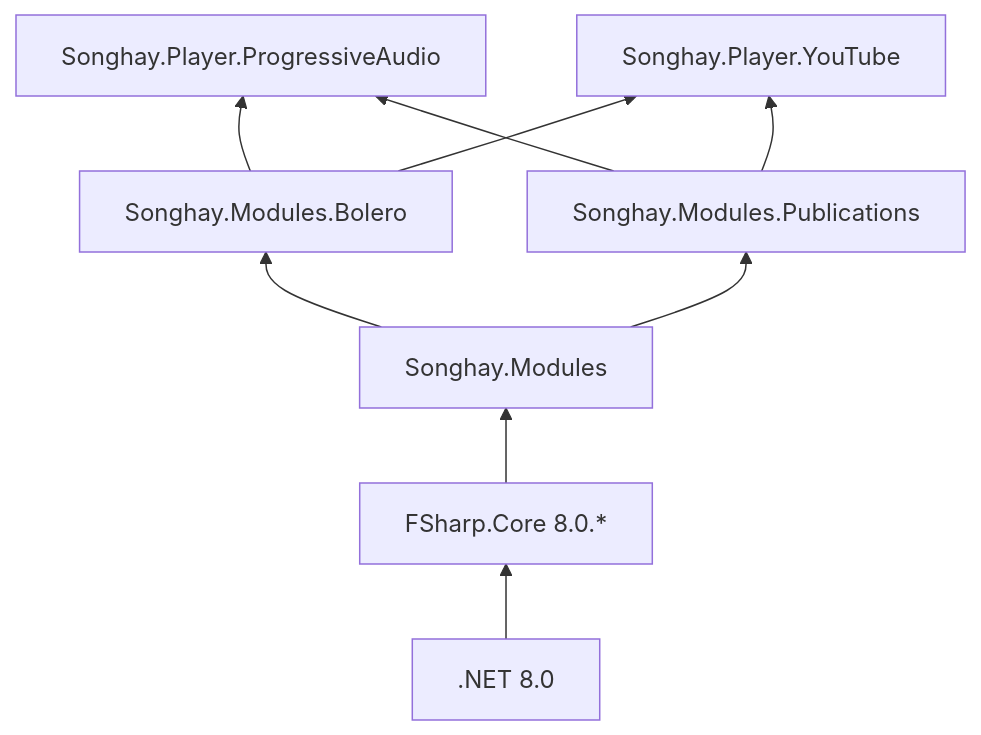
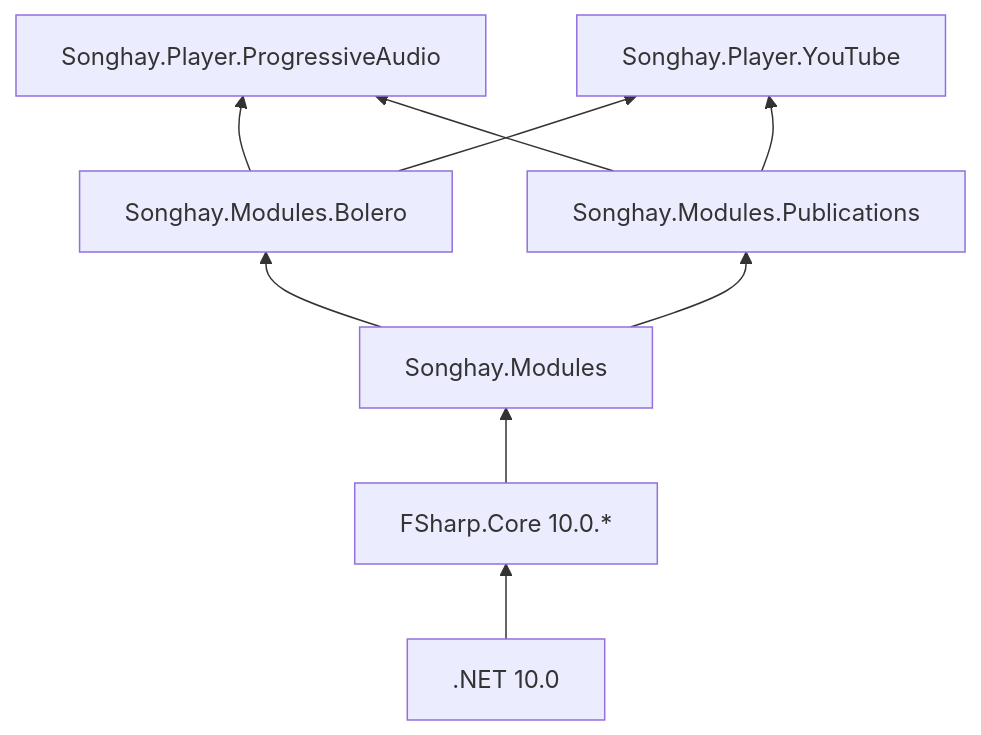
One commit to BryanWilhite/Songhay.Modules changed the diagram in README.md. Above: the diagram before and after it, drawn with Mermaid. The commit also changed other lines of this file and 5 other files, not shown here.

````diff
--- a/README.md
+++ b/README.md
@@ -22,19 +22,19 @@
 ```mermaid
 graph BT
-    fsharp[FSharp.Core 8.0.*]
-    net8[.NET 8.0]
+    fsharp[FSharp.Core 10.0.*]
+    net[.NET 10.0]
 
     1[Songhay.Modules]
     2[Songhay.Modules.Bolero]
     3[Songhay.Modules.Publications]
     4[Songhay.Player.ProgressiveAudio]
     5[Songhay.Player.YouTube]
 
-    net8-->fsharp
+    net-->fsharp
     fsharp-->1
 
     1-->2
     1-->3
 
     2 & 3--> 4 & 5
 ```
````
